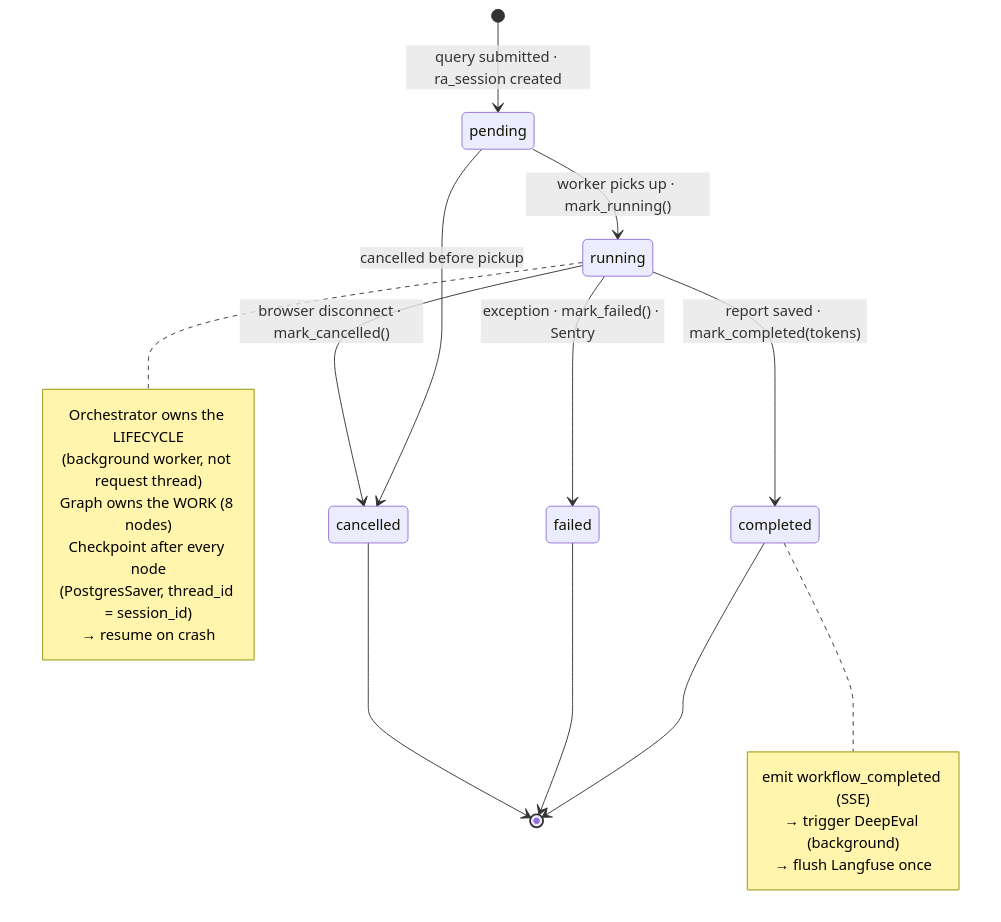
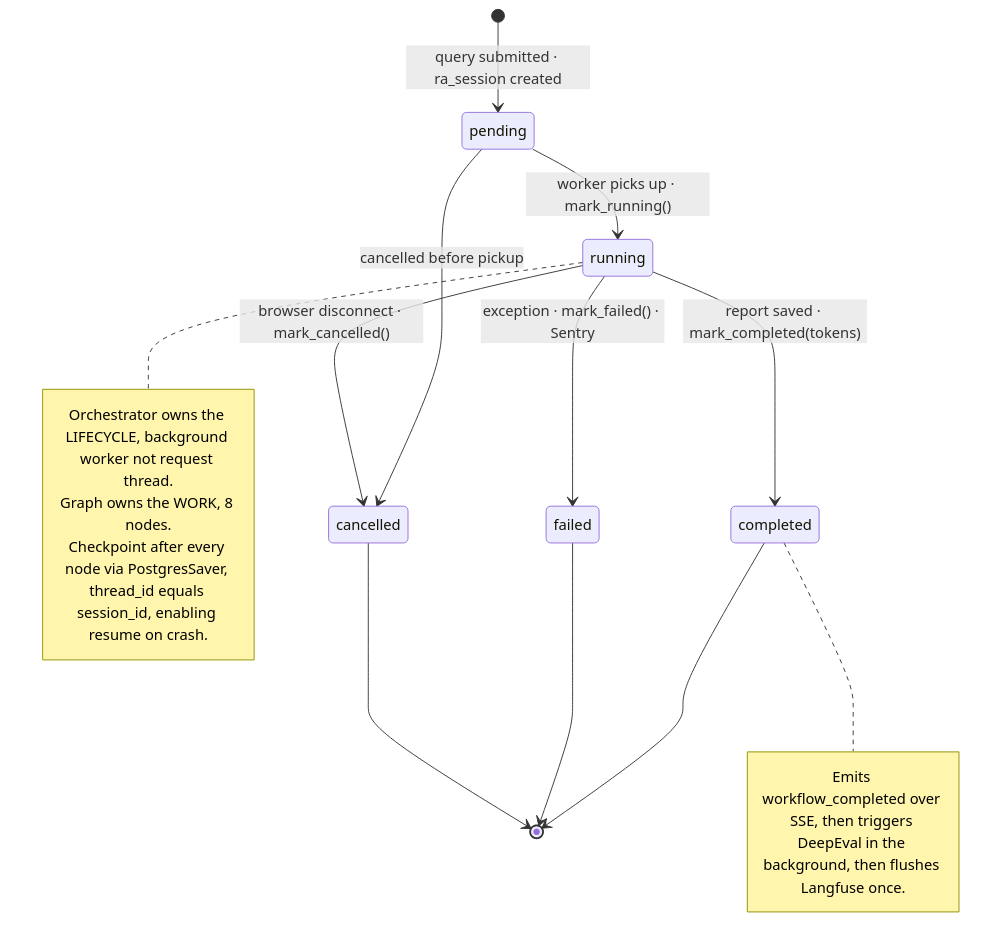
Before and after one commit to vishalgoyal25/TheKnowledgeOrbits: diagram 14 of 15 in README.md, drawn with Mermaid. The commit also changed other lines of this file and 1 other file, not shown here.

Commit message:
docs: fix mermaid subgraph-edge rendering bugs, update test count to 714

````diff
--- a/README.md
+++ b/README.md
@@ -739,26 +720,21 @@
 ```mermaid
 stateDiagram-v2
     [*] --> pending: query submitted · ra_session created
     pending --> cancelled: cancelled before pickup
     pending --> running: worker picks up · mark_running()
     running --> completed: report saved · mark_completed(tokens)
     running --> failed: exception · mark_failed() · Sentry
     running --> cancelled: browser disconnect · mark_cancelled()
     completed --> [*]
     failed --> [*]
     cancelled --> [*]
 
     note right of running
-        Orchestrator owns the LIFECYCLE
-        (background worker, not request thread)
-        Graph owns the WORK (8 nodes)
-        Checkpoint after every node
-        (PostgresSaver, thread_id = session_id)
-        → resume on crash
+        Orchestrator owns the LIFECYCLE, background worker not request thread.
+        Graph owns the WORK, 8 nodes.
+        Checkpoint after every node via PostgresSaver, thread_id equals session_id, enabling resume on crash.
     end note
     note right of completed
-        emit workflow_completed (SSE)
-        → trigger DeepEval (background)
-        → flush Langfuse once
+        Emits workflow_completed over SSE, then triggers DeepEval in the background, then flushes Langfuse once.
     end note
 ```
````
